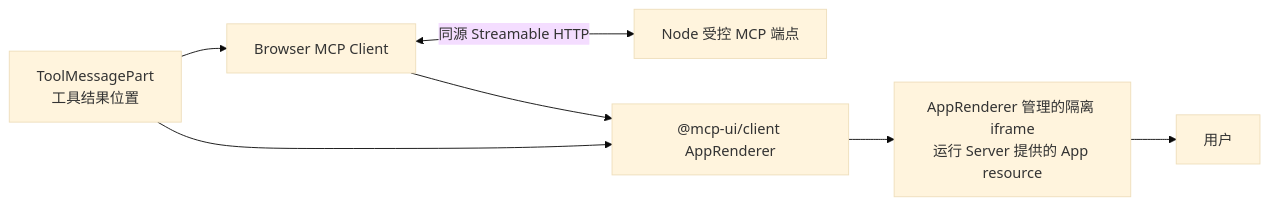
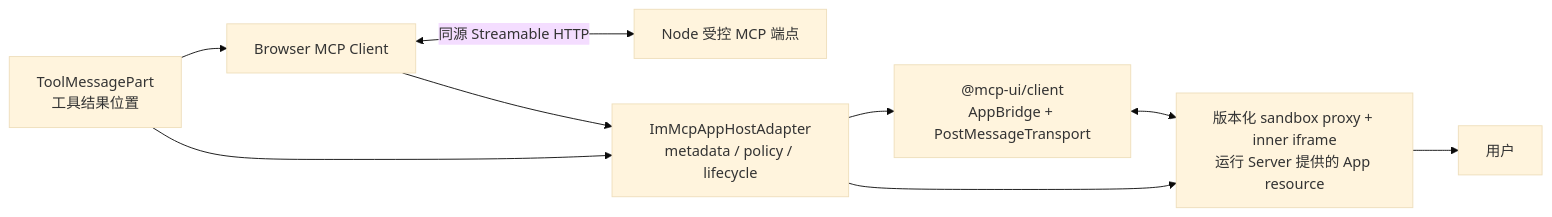
One commit to glide-the/im-dream changed the first of 4 diagrams in docs/design/claude-agent/mcp-apps-iframe-interaction.md. Above: the diagram before and after it, drawn with Mermaid (base theme). The commit also changed other lines of this file and 813 other files, not shown here.

Commit message:
feat(mcp-apps): integrate governed host and consolidate frontend app

````diff
--- a/docs/design/claude-agent/mcp-apps-iframe-interaction.md
+++ b/docs/design/claude-agent/mcp-apps-iframe-interaction.md
@@ -91,9 +103,11 @@
 ```mermaid
 flowchart LR
     T["ToolMessagePart<br/>工具结果位置"] --> C["Browser MCP Client"]
     C <-->|"同源 Streamable HTTP"| N["Node 受控 MCP 端点"]
-    T --> R["@mcp-ui/client AppRenderer"]
+    T --> R["ImMcpAppHostAdapter<br/>metadata / policy / lifecycle"]
     C --> R
-    R --> I["AppRenderer 管理的隔离 iframe<br/>运行 Server 提供的 App resource"]
+    R --> B["@mcp-ui/client<br/>AppBridge + PostMessageTransport"]
+    R --> I["版本化 sandbox proxy + inner iframe<br/>运行 Server 提供的 App resource"]
+    B <--> I
     I --> U["用户"]
 ```
````
